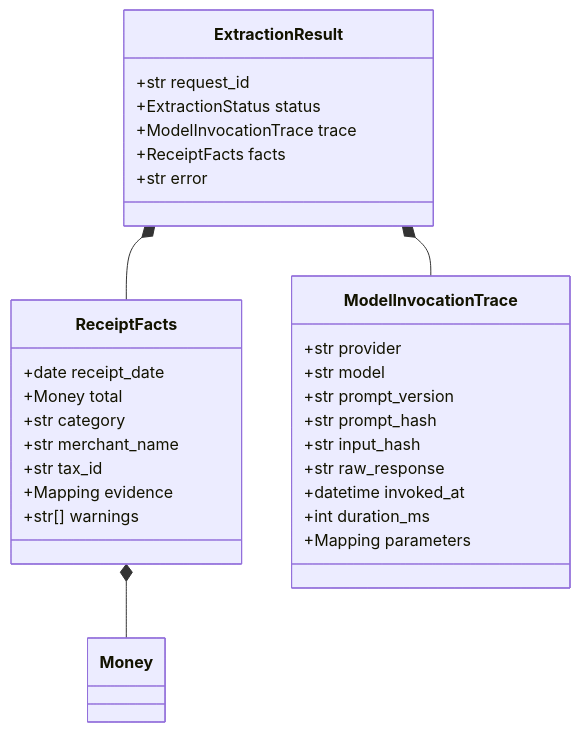
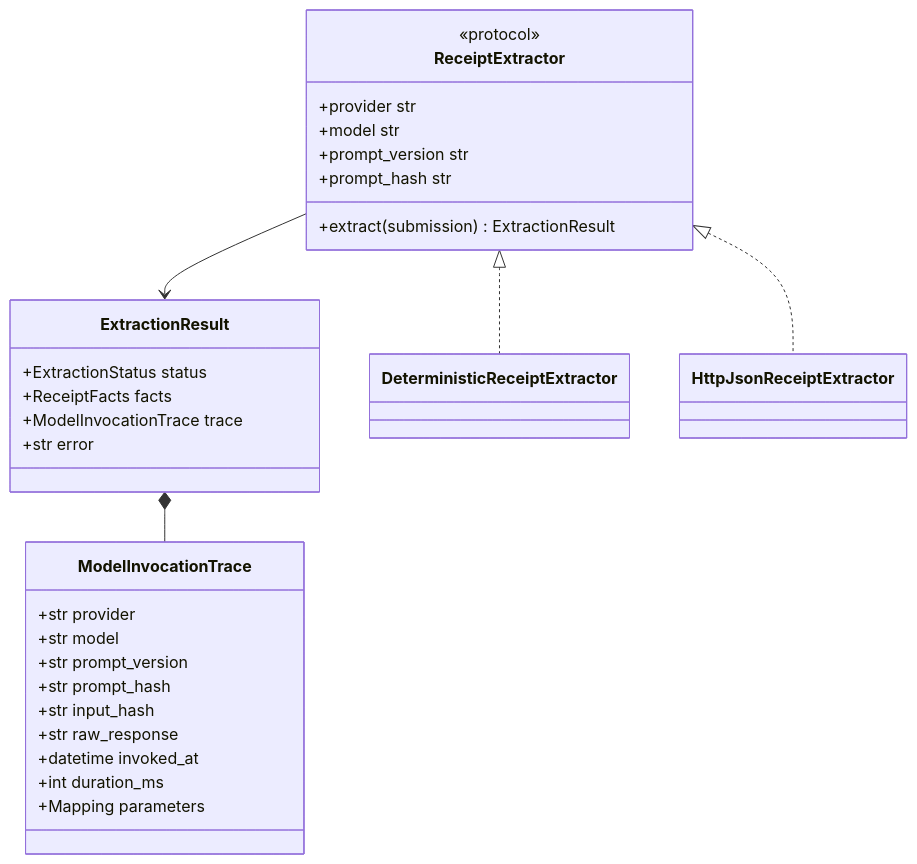
One commit to Dev-Luigy/automation_luigygabriel changed the third of 5 diagrams in docs/domain-model.md. Above: the diagram before and after it, drawn with Mermaid. The commit also changed other lines of this file and 13 other files, not shown here.

Commit message:
docs: finalize assessment architecture and report

````diff
--- a/docs/domain-model.md
+++ b/docs/domain-model.md
@@ -104,33 +127,35 @@
 ```mermaid
 classDiagram
-    class ExtractionResult {
-        +str request_id
-        +ExtractionStatus status
-        +ModelInvocationTrace trace
-        +ReceiptFacts facts
-        +str error
-    }
-    class ReceiptFacts {
-        +date receipt_date
-        +Money total
-        +str category
-        +str merchant_name
-        +str tax_id
-        +Mapping evidence
-        +str[] warnings
+    class ReceiptExtractor {
+        <<protocol>>
+        +provider str
+        +model str
+        +prompt_version str
+        +prompt_hash str
+        +extract(submission) ExtractionResult
     }
     class ModelInvocationTrace {
         +str provider
         +str model
         +str prompt_version
         +str prompt_hash
         +str input_hash
         +str raw_response
         +datetime invoked_at
         +int duration_ms
         +Mapping parameters
     }
-    ExtractionResult *-- ReceiptFacts
+    class ExtractionResult {
+        +ExtractionStatus status
+        +ReceiptFacts facts
+        +ModelInvocationTrace trace
+        +str error
+    }
+    class DeterministicReceiptExtractor
+    class HttpJsonReceiptExtractor
+
+    ReceiptExtractor <|.. DeterministicReceiptExtractor
+    ReceiptExtractor <|.. HttpJsonReceiptExtractor
+    ReceiptExtractor --> ExtractionResult
     ExtractionResult *-- ModelInvocationTrace
-    ReceiptFacts *-- Money
 ```
````
